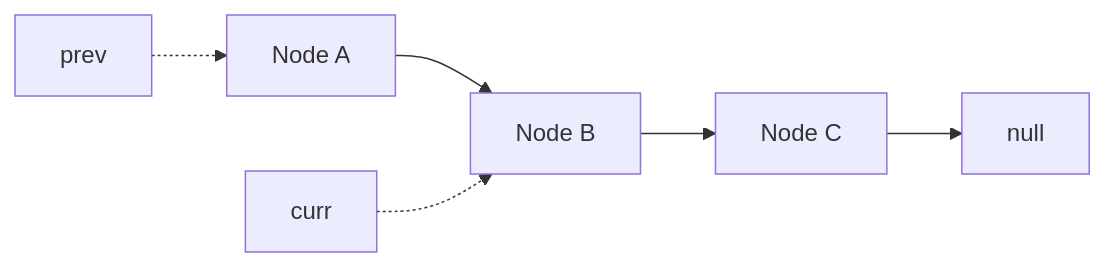
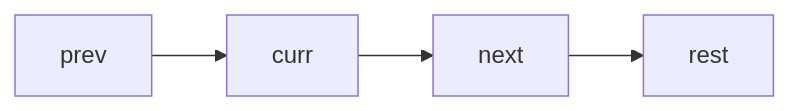
Before and after one commit to Icon1cc/Data-Structures-and-Algorithms: the diagram in linked-list/README.md, drawn with Mermaid. The commit also changed other lines of this file and 85 other files, not shown here.

````diff
--- a/linked-list/README.md
+++ b/linked-list/README.md
@@ -66,8 +55,6 @@
 ```mermaid
 flowchart LR
-    A[Node A] --> B[Node B]
-    B --> C[Node C]
-    C --> D[null]
-    P[prev] -.-> A
-    Q[curr] -.-> B
+    A[prev] --> B[curr]
+    B --> C[next]
+    C --> D[rest]
 ```
````
